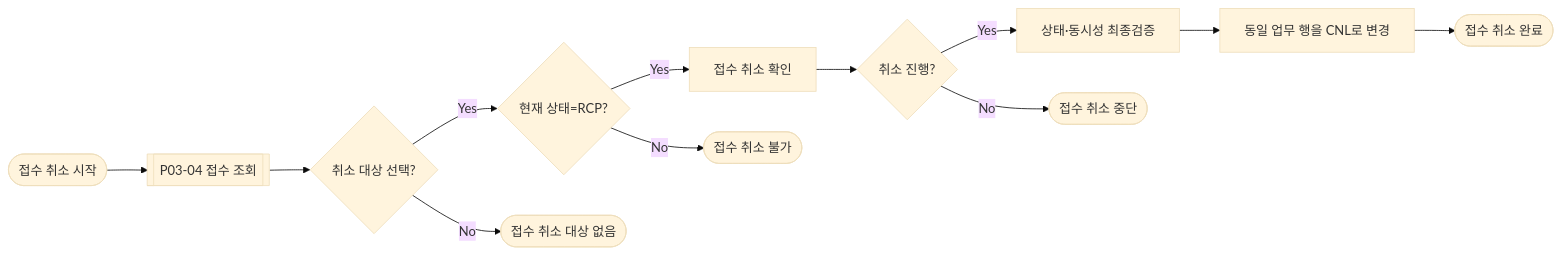
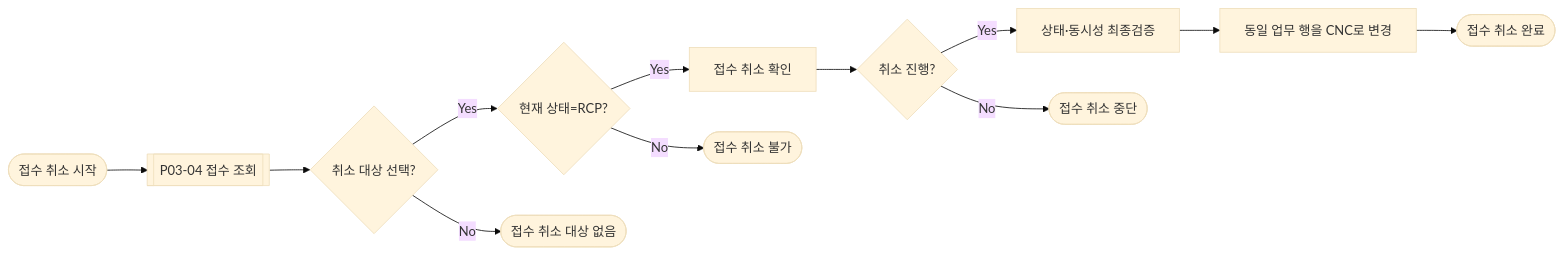
Diagram 23 of 23 in docs/baseline/01_Process_Definition.md (wotjr1649/HealthCheckupReservationReception), drawn with Mermaid (base theme) before and after one commit. The commit also changed other lines of this file and 3 other files, not shown here.

````diff
--- a/docs/baseline/01_Process_Definition.md
+++ b/docs/baseline/01_Process_Definition.md
@@ -890,27 +890,27 @@
 ```mermaid
 flowchart LR
     S1([접수 취소 시작])
     S2[[P03-04 접수 조회]]
     S3{취소 대상 선택?}
     S4{현재 상태=RCP?}
     S5[접수 취소 확인]
     S6{취소 진행?}
     S7[상태·동시성 최종검증]
-    S8[동일 업무 행을 CNL로 변경]
+    S8[동일 업무 행을 CNC로 변경]
     E1([접수 취소 완료])
     E2([접수 취소 대상 없음])
     E3([접수 취소 불가])
     E4([접수 취소 중단])
 
     S1 --> S2
     S2 --> S3
     S3 -->|No| E2
     S3 -->|Yes| S4
     S4 -->|No| E3
     S4 -->|Yes| S5
     S5 --> S6
     S6 -->|No| E4
     S6 -->|Yes| S7
     S7 --> S8
     S8 --> E1
 ```
````
